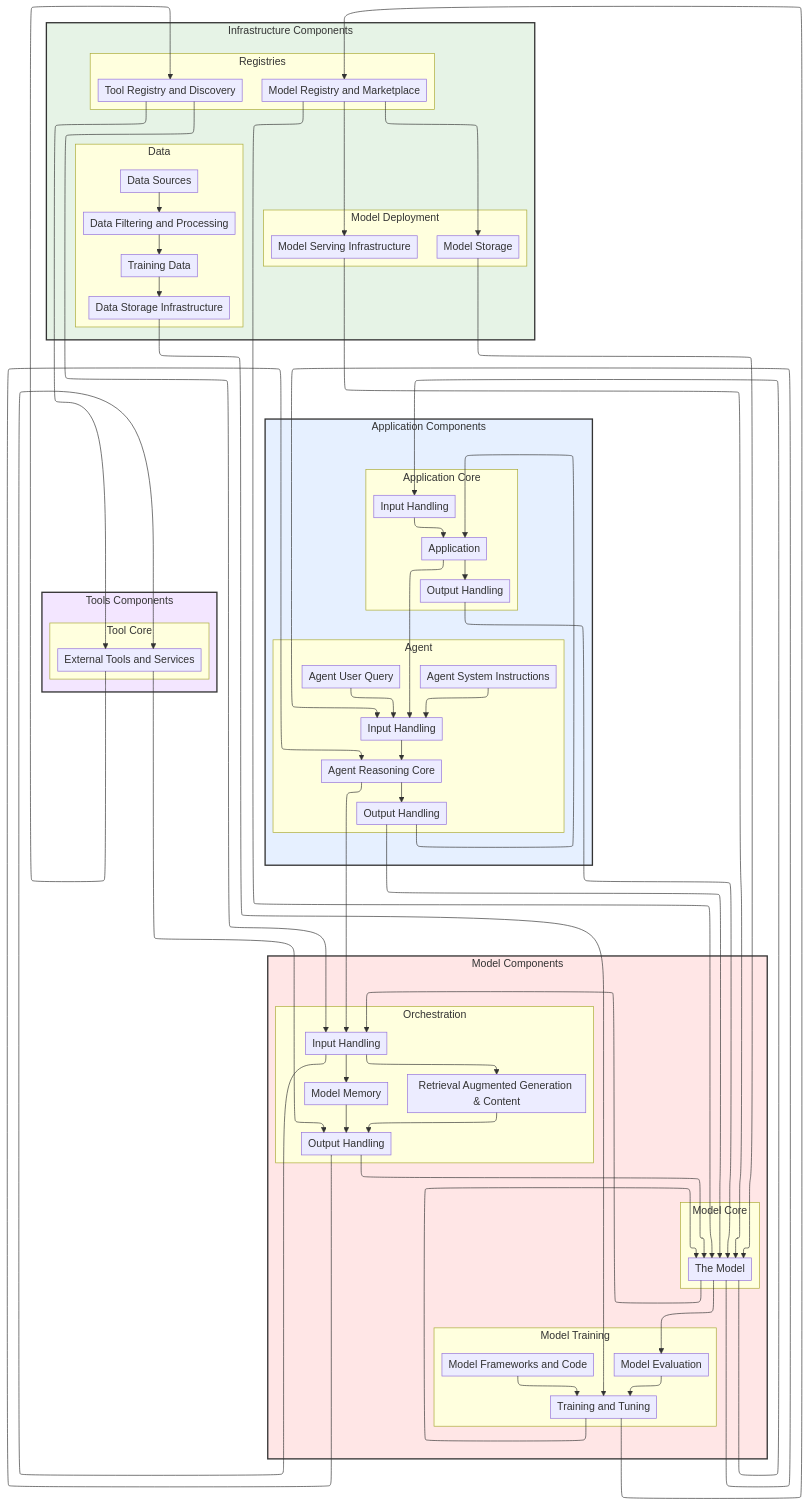
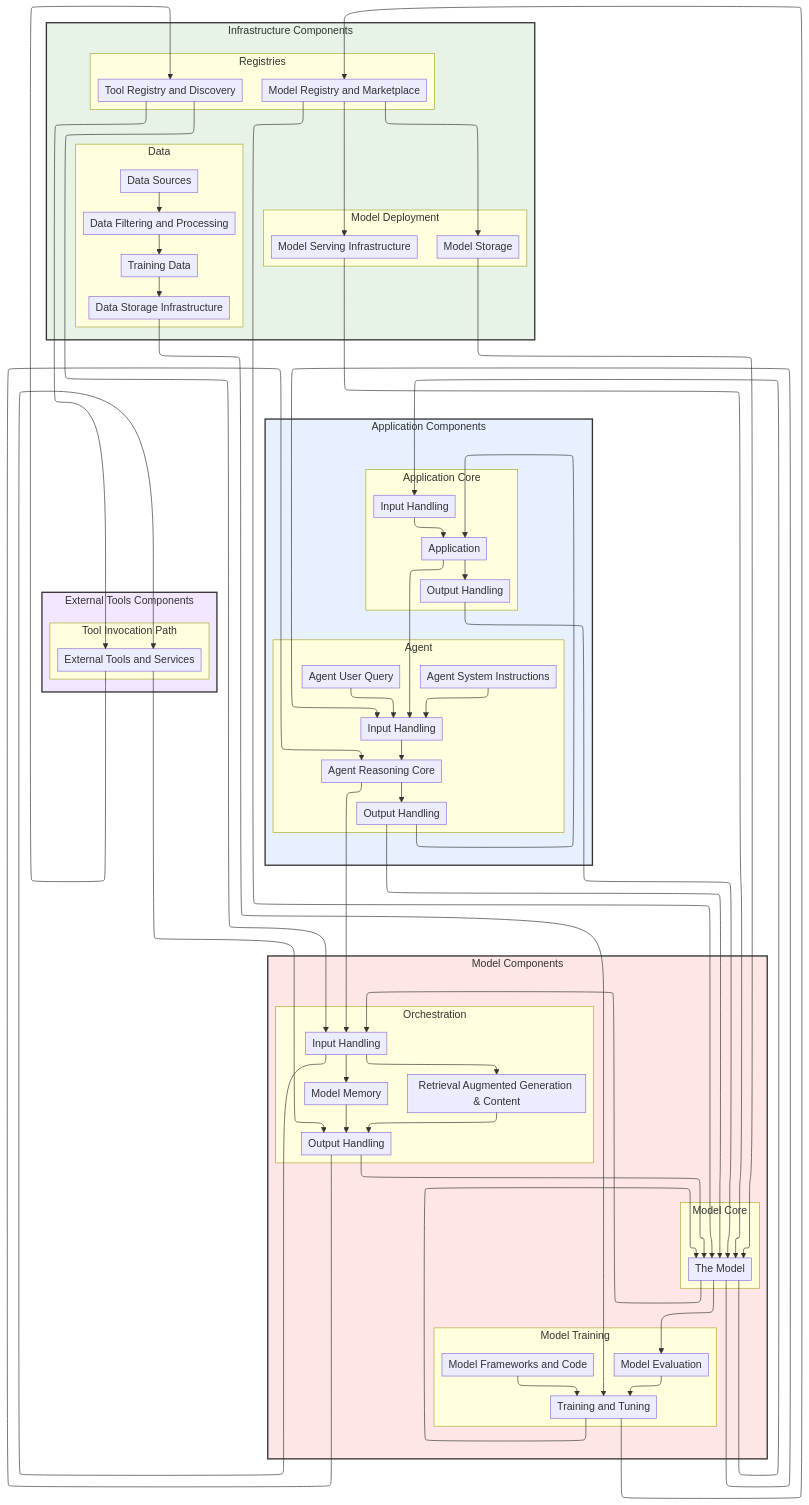
Before and after one commit to davidlabianca/secure-ai-tooling: the diagram in risk-map/diagrams/risk-map-graph.md, drawn with Mermaid. The commit also changed 35 other files, not shown here.

````diff
--- a/risk-map/diagrams/risk-map-graph.md
+++ b/risk-map/diagrams/risk-map-graph.md
@@ -61,8 +61,8 @@
         end
     end
 
-    subgraph componentsTools ["Tools Components"]
-        subgraph componentsToolCore ["Tool Core"]
+    subgraph componentsExternalTools ["External Tools Components"]
+        subgraph componentsToolInvocationPath ["Tool Invocation Path"]
             componentTools[External Tools and Services]
         end
     end
@@ -112,5 +112,5 @@
     style componentsInfrastructure fill:#e6f3e6,stroke:#333333,stroke-width:2px
     style componentsApplication fill:#e6f0ff,stroke:#333333,stroke-width:2px
     style componentsModel fill:#ffe6e6,stroke:#333333,stroke-width:2px
-    style componentsTools fill:#f3e6ff,stroke:#333333,stroke-width:2px
+    style componentsExternalTools fill:#f3e6ff,stroke:#333333,stroke-width:2px
 ```
````
